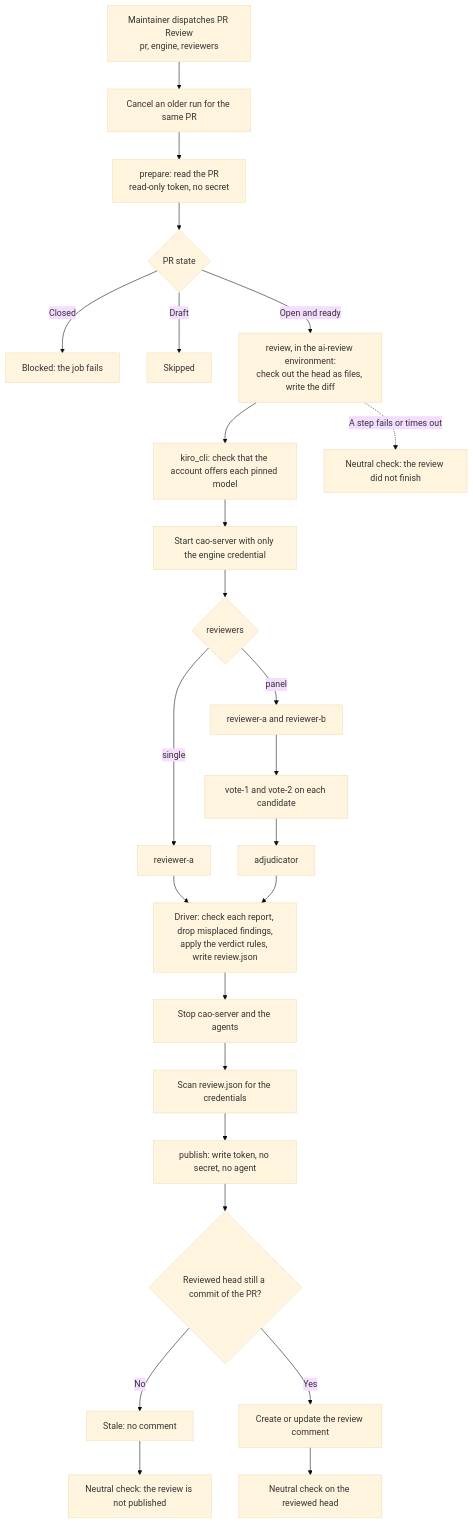
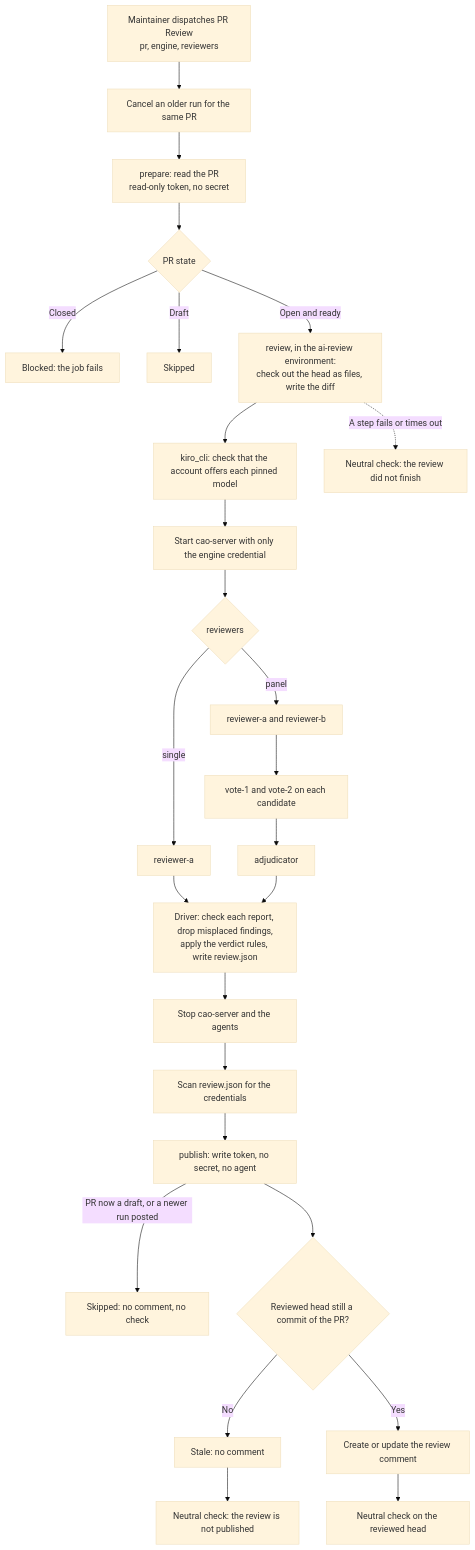
The diagram in docs/pr-review-design.md (awslabs/cli-agent-orchestrator), drawn with Mermaid (base theme) before and after one commit. The commit also changed other lines of this file and 8 other files, not shown here.

````diff
--- a/docs/pr-review-design.md
+++ b/docs/pr-review-design.md
@@ -110,27 +110,28 @@
 ```mermaid
 flowchart TD
     Dispatch["Maintainer dispatches PR Review<br/>pr, engine, reviewers"] --> Cancel["Cancel an older run for the same PR"]
     Cancel --> Prepare["prepare: read the PR<br/>read-only token, no secret"]
     Prepare --> Open{"PR state"}
     Open -->|"Closed"| Blocked["Blocked: the job fails"]
     Open -->|"Draft"| Skipped["Skipped"]
     Open -->|"Open and ready"| Setup["review, in the ai-review environment:<br/>check out the head as files, write the diff"]
     Setup --> Models["kiro_cli: check that the account offers each pinned model"]
     Models --> Server["Start cao-server with only the engine credential"]
     Server --> Mode{"reviewers"}
     Mode -->|"single"| One["reviewer-a"]
     Mode -->|"panel"| Two["reviewer-a and reviewer-b"]
     Two --> Votes["vote-1 and vote-2 on each candidate"]
     Votes --> Judge["adjudicator"]
     One --> Rules["Driver: check each report, drop misplaced findings,<br/>apply the verdict rules, write review.json"]
     Judge --> Rules
     Rules --> Stop["Stop cao-server and the agents"]
     Stop --> Scan["Scan review.json for the credentials"]
     Scan --> Publish["publish: write token, no secret, no agent"]
+    Publish -->|"PR now a draft, or a newer run posted"| Late["Skipped: no comment, no check"]
     Publish --> Fresh{"Reviewed head still a commit of the PR?"}
     Fresh -->|"No"| Stale["Stale: no comment"]
     Stale --> NotPublished["Neutral check: the review is not published"]
     Fresh -->|"Yes"| Comment["Create or update the review comment"]
     Comment --> Check["Neutral check on the reviewed head"]
     Setup -.->|"A step fails or times out"| Failed["Neutral check: the review did not finish"]
 ```
````
